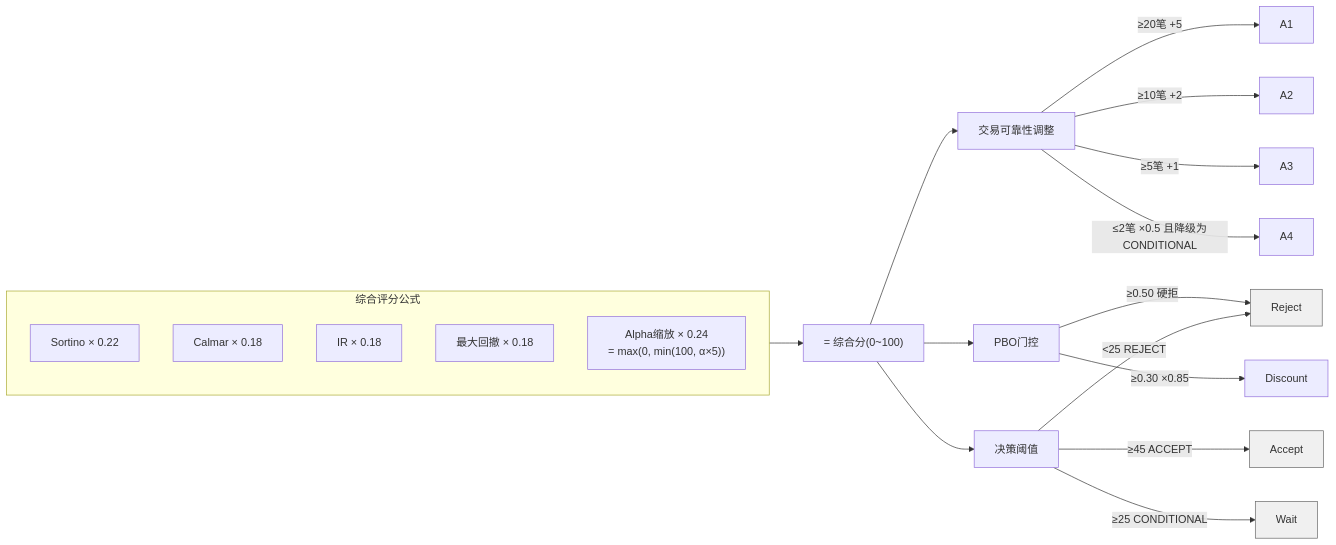
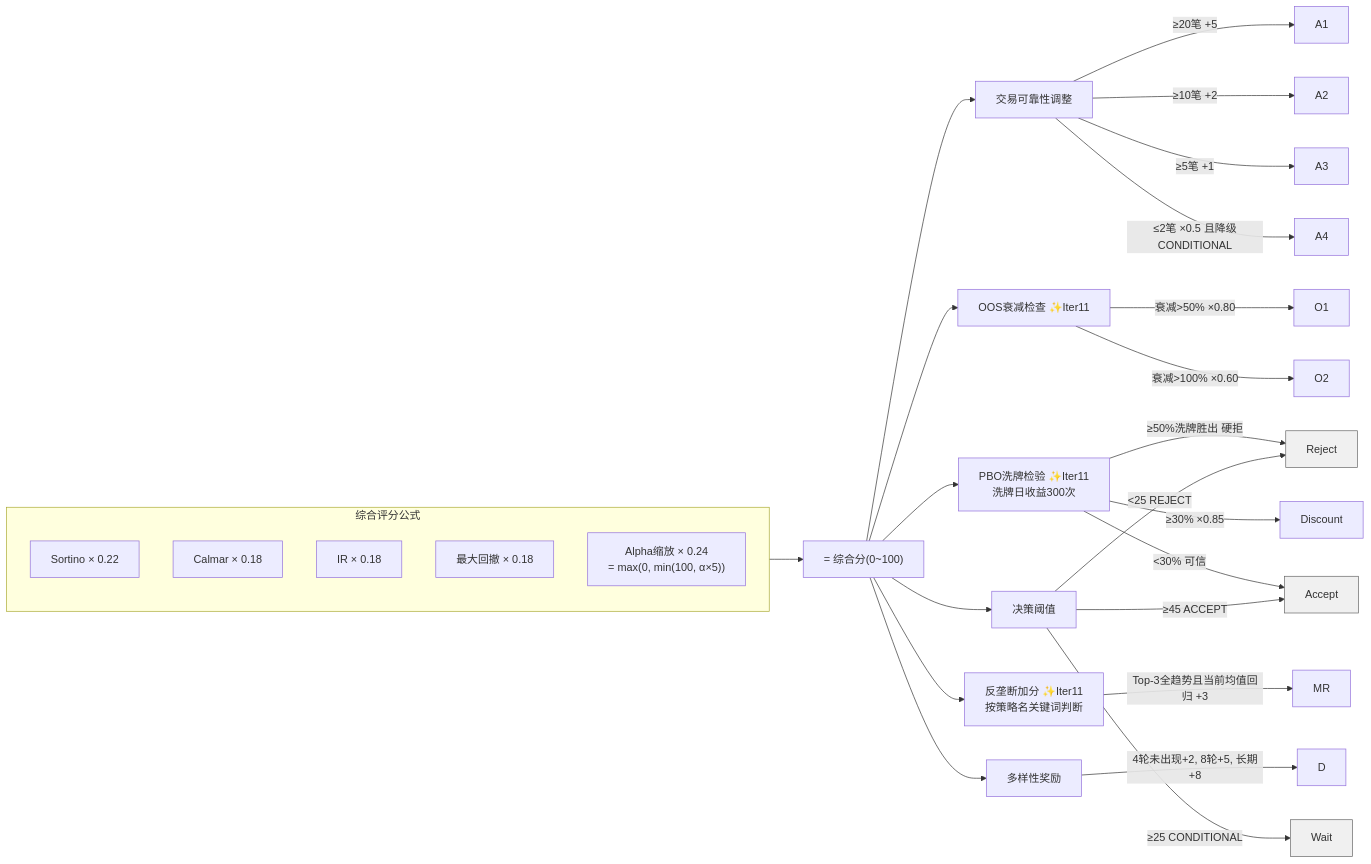
Before and after one commit to Readm/quant: the diagram in dashboard/src/data/strategy/scoring_standards.mmd, drawn with Mermaid. The commit also changed 6 other files, not shown here.

```diff
--- a/dashboard/src/data/strategy/scoring_standards.mmd
+++ b/dashboard/src/data/strategy/scoring_standards.mmd
@@ -1,29 +1,40 @@
 graph LR
     subgraph Composite["综合评分公式"]
         Sortino["Sortino × 0.22"]
         Calmar["Calmar × 0.18"]
         IR["IR × 0.18"]
         Drawdown["最大回撤 × 0.18"]
         AlphaScaled["Alpha缩放 × 0.24<br/>= max(0, min(100, α×5))"]
     end
 
     Composite --> Sum["= 综合分(0~100)"]
 
     Sum --> TradeAdj["交易可靠性调整"]
     TradeAdj --> |"≥20笔 +5"| A1
     TradeAdj --> |"≥10笔 +2"| A2
     TradeAdj --> |"≥5笔 +1"| A3
-    TradeAdj --> |"≤2笔 ×0.5 且降级为CONDITIONAL"| A4
+    TradeAdj --> |"≤2笔 ×0.5 且降级CONDITIONAL"| A4
 
-    Sum --> PBO["PBO门控"]
-    PBO --> |"≥0.50 硬拒"| Reject
-    PBO --> |"≥0.30 ×0.85"| Discount
+    Sum --> OOS["OOS衰减检查 ✨Iter11"]
+    OOS --> |"衰减>50% ×0.80"| O1
+    OOS --> |"衰减>100% ×0.60"| O2
+
+    Sum --> PBO["PBO洗牌检验 ✨Iter11<br/>洗牌日收益300次"]
+    PBO --> |"≥50%洗牌胜出 硬拒"| Reject
+    PBO --> |"≥30% ×0.85"| Discount
+    PBO --> |"<30% 可信"| Accept
+
+    Sum --> AntiMono["反垄断加分 ✨Iter11<br/>按策略名关键词判断"]
+    AntiMono --> |"Top-3全趋势且当前均值回归 +3"| MR
+
+    Sum --> Diversity["多样性奖励"]
+    Diversity --> |"4轮未出现+2, 8轮+5, 长期+8"| D
 
     Sum --> Decision["决策阈值"]
     Decision --> |"≥45 ACCEPT"| Accept
     Decision --> |"≥25 CONDITIONAL"| Wait
     Decision --> |"<25 REJECT"| Reject
 
     style Accept fill:#f0f0f0,stroke:#666,stroke-width:1px
     style Wait fill:#f0f0f0,stroke:#666,stroke-width:1px
     style Reject fill:#f0f0f0,stroke:#666,stroke-width:1px
```
